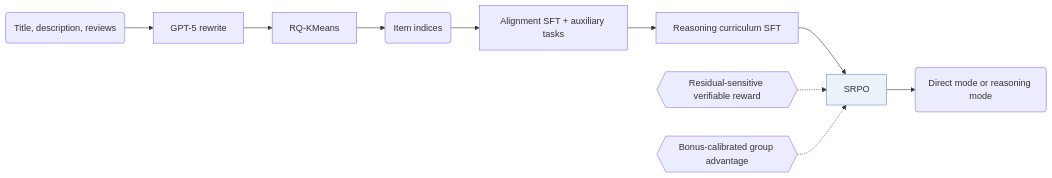
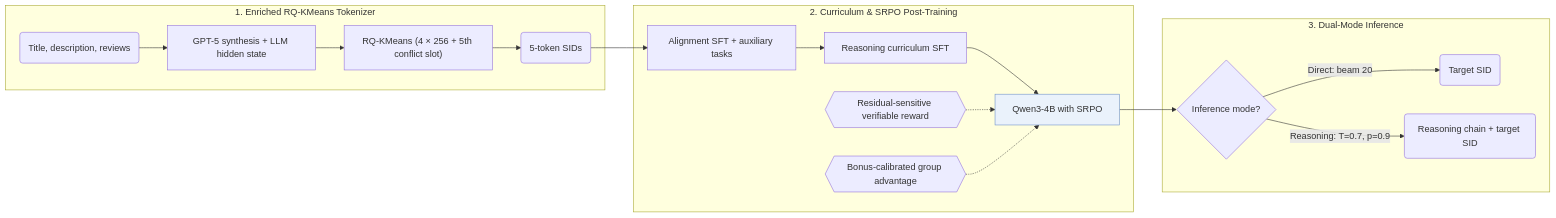
Before and after one commit to Galaxy-ghost/Awesome-SID-Generative-Rec: the first of 2 diagrams in notes/gream.md, drawn with Mermaid. The commit also changed other lines of this file and 649 other files, not shown here.

Commit message:
writer-05: also tags and modality index (schema, check, build, visuals); summary field removed; calibration data for 12 papers

````diff
--- a/notes/gream.md
+++ b/notes/gream.md
@@ -13,13 +14,21 @@
 ```mermaid
 flowchart LR
-    A("Title, description, reviews") --> B["GPT-5 rewrite"]
-    B --> C["RQ-KMeans"]
-    C --> D("Item indices")
-    D --> E["Alignment SFT + auxiliary tasks"]
-    E --> F["Reasoning curriculum SFT"]
-    F --> G["SRPO"]:::key
-    L1{{"Residual-sensitive verifiable reward"}} -.-> G
-    L2{{"Bonus-calibrated group advantage"}} -.-> G
-    G --> H("Direct mode or reasoning mode")
+    subgraph Tok["1. Enriched RQ-KMeans Tokenizer"]
+        A("Title, description, reviews") --> B["GPT-5 synthesis + LLM hidden state"]
+        B --> C["RQ-KMeans (4 × 256 + 5th conflict slot)"]
+        C --> D("5-token SIDs")
+    end
+    subgraph Train["2. Curriculum & SRPO Post-Training"]
+        D --> E["Alignment SFT + auxiliary tasks"]
+        E --> F["Reasoning curriculum SFT"]
+        F --> G["Qwen3-4B with SRPO"]:::key
+        L1{{"Residual-sensitive verifiable reward"}} -.-> G
+        L2{{"Bonus-calibrated group advantage"}} -.-> G
+    end
+    subgraph Inf["3. Dual-Mode Inference"]
+        G --> M{"Inference mode?"}
+        M -->|Direct: beam 20| H("Target SID")
+        M -->|Reasoning: T=0.7, p=0.9| I("Reasoning chain + target SID")
+    end
     classDef key fill:#eaf2fb,stroke:#6b8fc7
 ```
````
